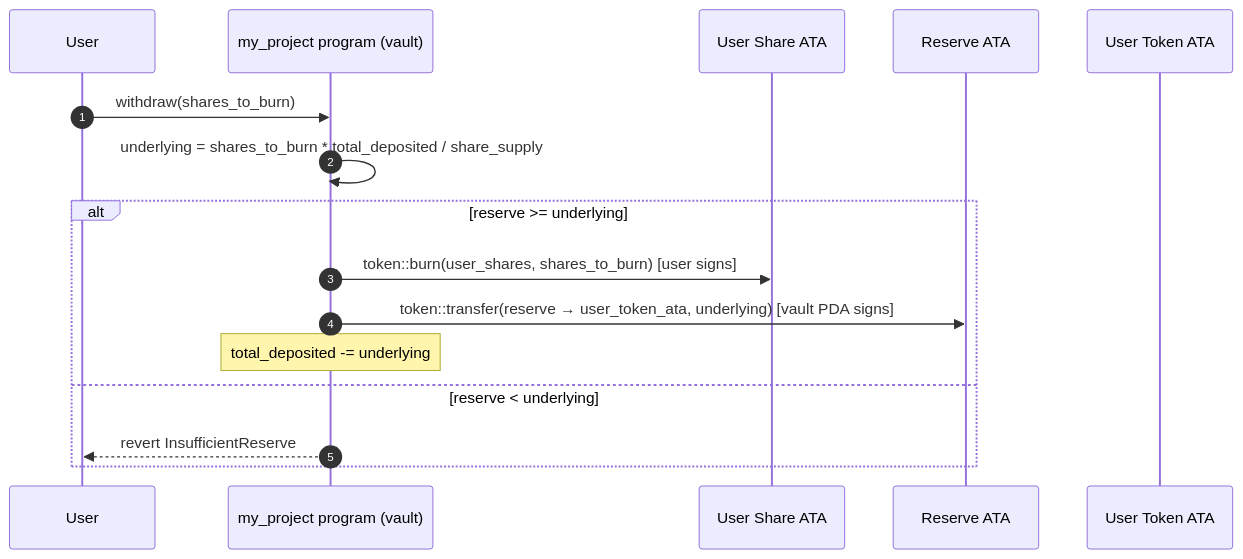
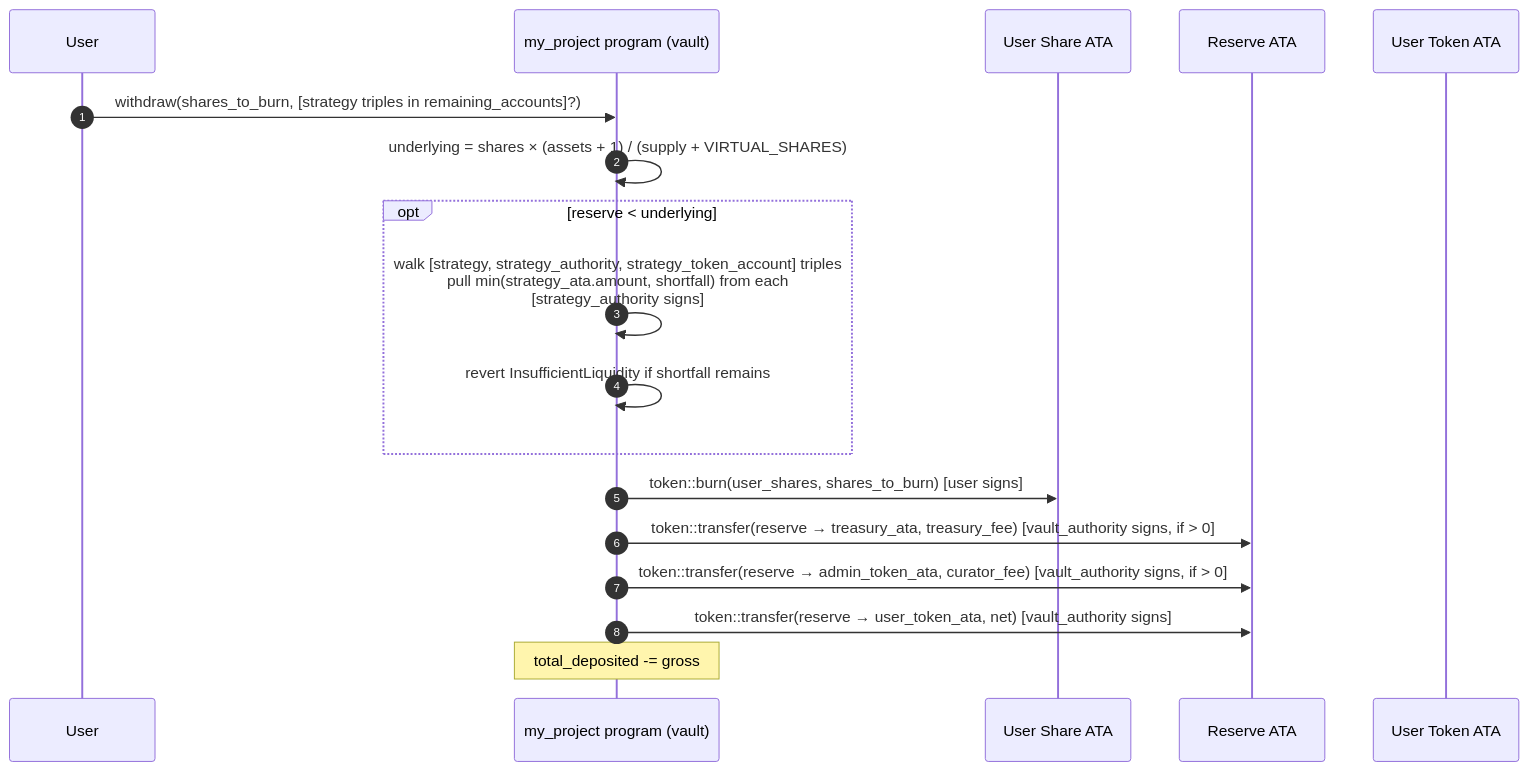
Before and after one commit to Erebor-Vault/erebor-solana: the fifth of 8 diagrams in docs/OVERVIEW.md, drawn with Mermaid. The commit also changed other lines of this file and 52 other files, not shown here.

````diff
--- a/docs/OVERVIEW.md
+++ b/docs/OVERVIEW.md
@@ -256,19 +259,21 @@
 ```mermaid
 sequenceDiagram
     autonumber
     participant U as User
     participant V as my_project program (vault)
     participant USH as User Share ATA
     participant R as Reserve ATA
     participant USR as User Token ATA
 
-    U->>V: withdraw(shares_to_burn)
-    V->>V: underlying = shares_to_burn * total_deposited / share_supply
-    alt reserve >= underlying
-        V->>USH: token::burn(user_shares, shares_to_burn) [user signs]
-        V->>R: token::transfer(reserve → user_token_ata, underlying) [vault PDA signs]
-        Note over V: total_deposited -= underlying
-    else reserve < underlying
-        V-->>U: revert InsufficientReserve
+    U->>V: withdraw(shares_to_burn, [strategy triples in remaining_accounts]?)
+    V->>V: underlying = shares × (assets + 1) / (supply + VIRTUAL_SHARES)
+    opt reserve < underlying
+        V->>V: walk [strategy, strategy_authority, strategy_token_account] triples<br/>pull min(strategy_ata.amount, shortfall) from each<br/>[strategy_authority signs]
+        V->>V: revert InsufficientLiquidity if shortfall remains
     end
+    V->>USH: token::burn(user_shares, shares_to_burn) [user signs]
+    V->>R: token::transfer(reserve → treasury_ata, treasury_fee) [vault_authority signs, if > 0]
+    V->>R: token::transfer(reserve → admin_token_ata, curator_fee) [vault_authority signs, if > 0]
+    V->>R: token::transfer(reserve → user_token_ata, net) [vault_authority signs]
+    Note over V: total_deposited -= gross
 ```
````
